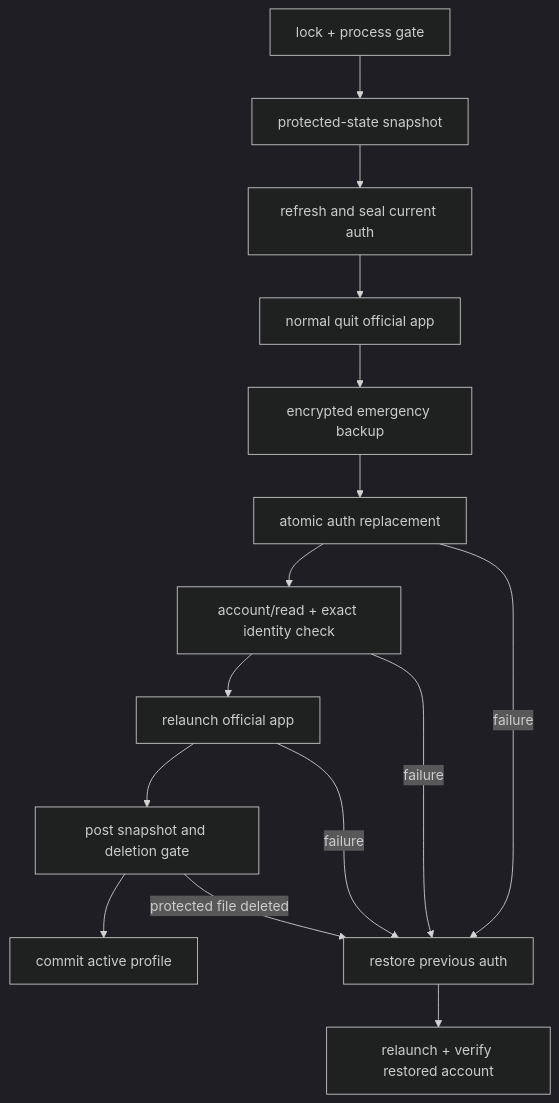
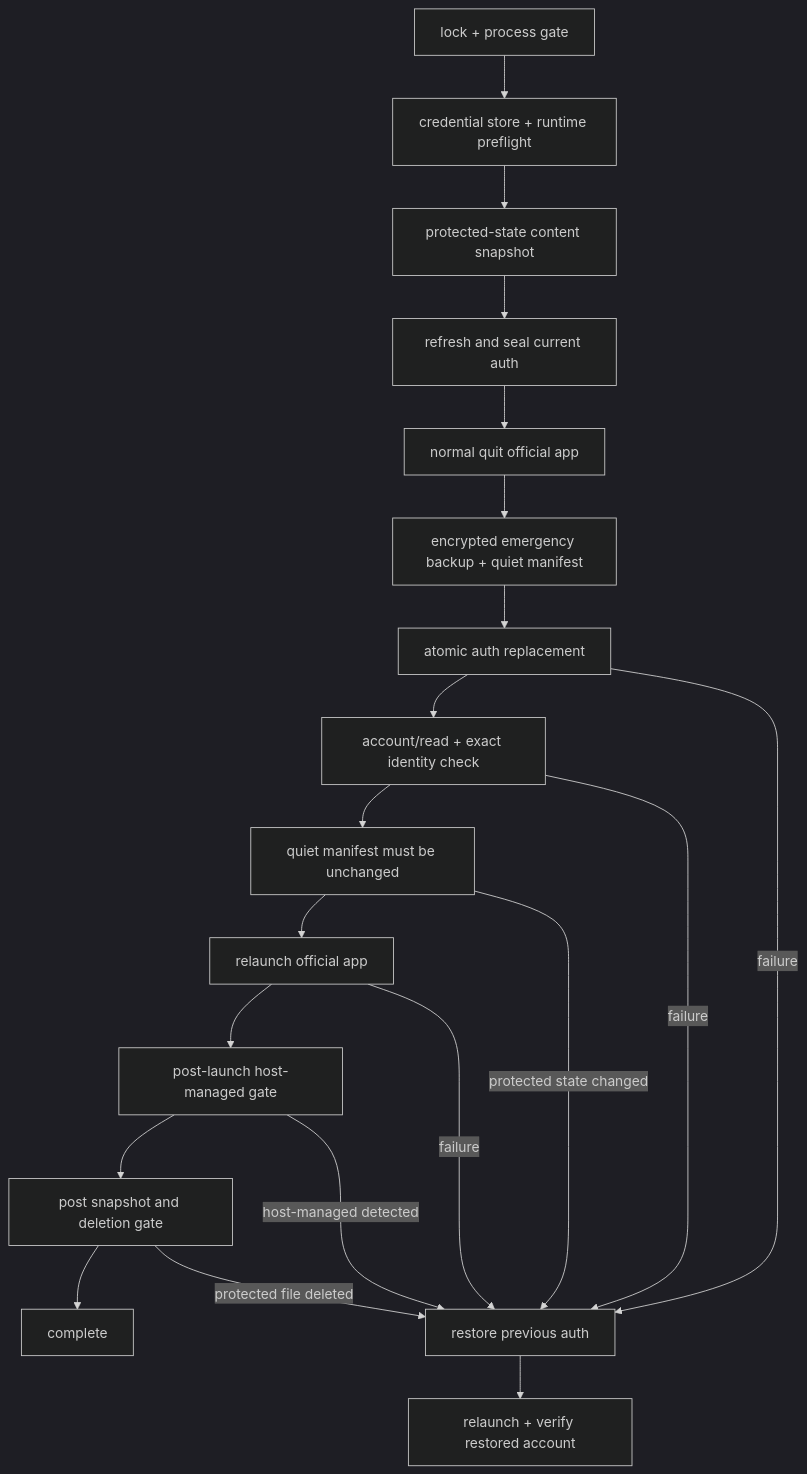
One commit to wowhit11-source/codex-account-switcher changed the second of 2 diagrams in docs/ARCHITECTURE.md. Above: the diagram before and after it, drawn with Mermaid (dark theme). The commit also changed other lines of this file and 19 other files, not shown here.

````diff
--- a/docs/ARCHITECTURE.md
+++ b/docs/ARCHITECTURE.md
@@ -48,17 +49,22 @@
 ```mermaid
 flowchart TD
-    A["lock + process gate"] --> B["protected-state snapshot"]
+    A["lock + process gate"] --> P["credential store + runtime preflight"]
+    P --> B["protected-state content snapshot"]
     B --> C["refresh and seal current auth"]
     C --> D["normal quit official app"]
-    D --> E["encrypted emergency backup"]
+    D --> E["encrypted emergency backup + quiet manifest"]
     E --> F["atomic auth replacement"]
     F --> G["account/read + exact identity check"]
-    G --> H["relaunch official app"]
-    H --> I["post snapshot and deletion gate"]
-    I --> J["commit active profile"]
+    G --> Q["quiet manifest must be unchanged"]
+    Q --> H["relaunch official app"]
+    H --> M["post-launch host-managed gate"]
+    M --> I["post snapshot and deletion gate"]
+    I --> J["complete"]
     F -->|failure| R["restore previous auth"]
     G -->|failure| R
+    Q -->|protected state changed| R
     H -->|failure| R
+    M -->|host-managed detected| R
     I -->|protected file deleted| R
     R --> V["relaunch + verify restored account"]
 ```
````
